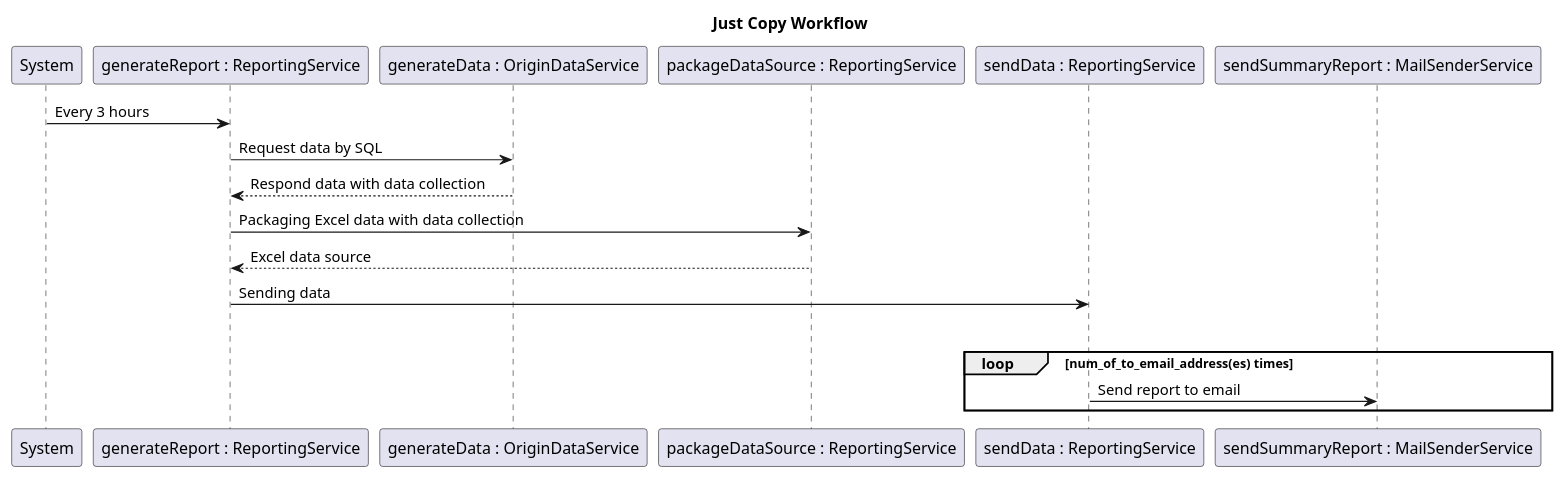
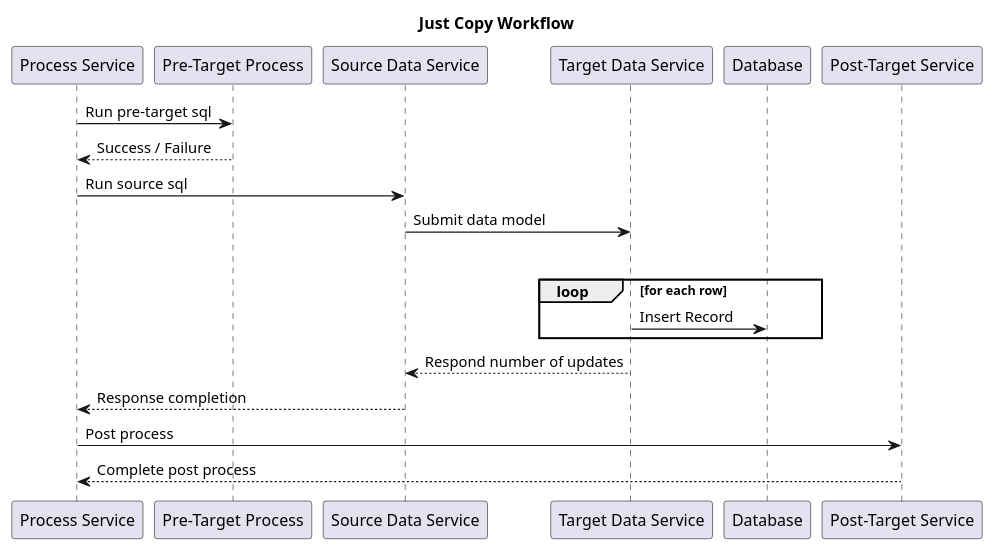
Before and after one commit to felixchiu/Just-Copy: the diagram in diagrams/sequence_uml.puml, drawn with PlantUML. The commit also changed 6 other files, not shown here.

```diff
--- a/diagrams/sequence_uml.puml
+++ b/diagrams/sequence_uml.puml
@@ -1,19 +1,19 @@
 @startuml
 
 'idea.partialRender
 
 title Just Copy Workflow
 
-
-System -> "generateReport : ReportingService" : Every 3 hours
-"generateReport : ReportingService" -> "generateData : OriginDataService" : Request data by SQL
-"generateData : OriginDataService" --> "generateReport : ReportingService" : Respond data with data collection
-"generateReport : ReportingService" -> "packageDataSource : ReportingService" : Packaging Excel data with data collection
-"packageDataSource : ReportingService" --> "generateReport : ReportingService" : Excel data source
-"generateReport : ReportingService" -> "sendData : ReportingService" : Sending data
-
-group My own label
-    loop num_of_to_email_address(es) times
-        "sendData : ReportingService" -> "sendSummaryReport : MailSenderService" : Send report to email
+"Process Service" -> "Pre-Target Process" : Run pre-target sql
+"Pre-Target Process" --> "Process Service" : Success / Failure
+"Process Service" -> "Source Data Service" : Run source sql
+"Source Data Service" -> "Target Data Service" : Submit data model
+group Insert Record
+    loop for each row
+        "Target Data Service" -> "Database" : Insert Record
 end
+"Target Data Service" --> "Source Data Service" : Respond number of updates
+"Source Data Service" --> "Process Service" : Response completion
+"Process Service" -> "Post-Target Service" : Post process
+"Post-Target Service" --> "Process Service" : Complete post process
 @enduml
```
